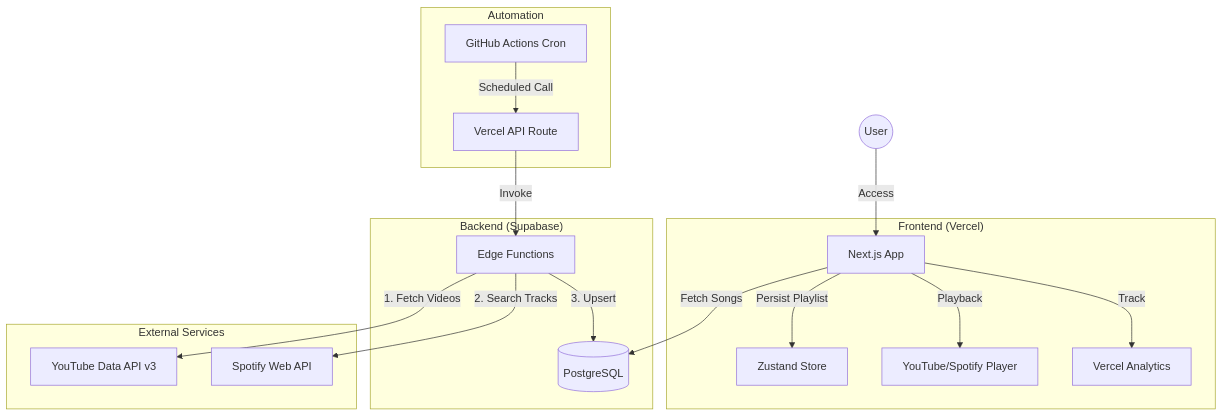
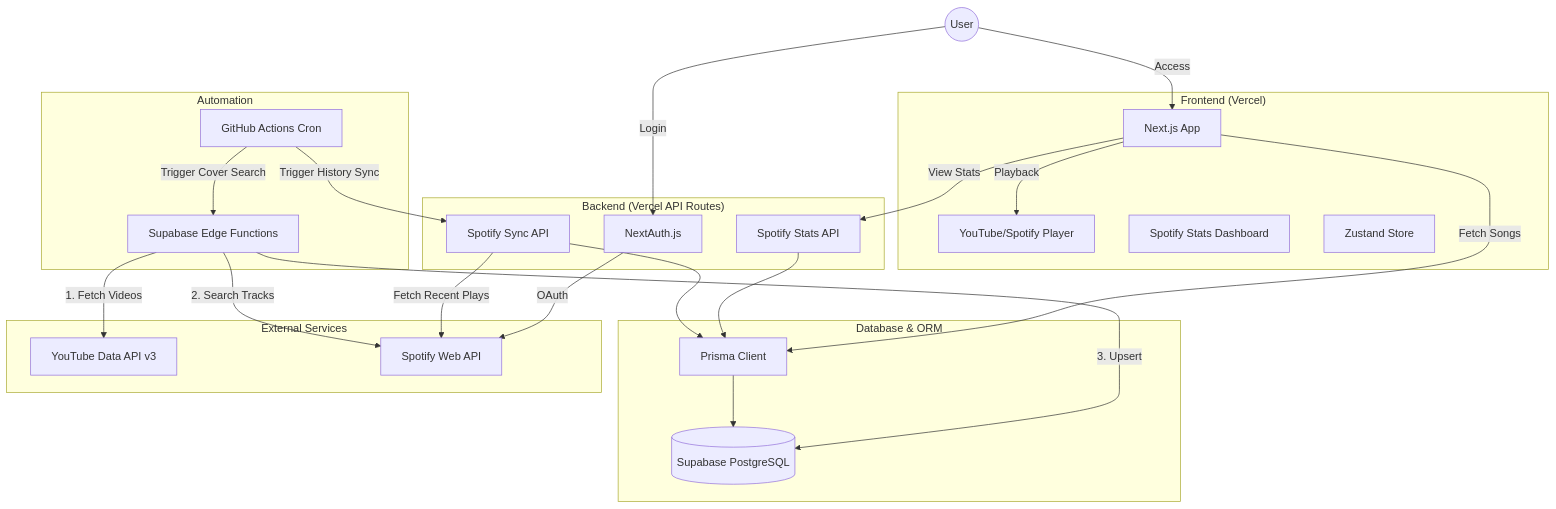
Before and after one commit to kaguya25/oshiga-utatteta: the diagram in README.md, drawn with Mermaid. The commit also changed other lines of this file and 50 other files, not shown here.

First line of the commit message:
feat: add Spotify Stats integration with NextAuth and Prisma

````diff
--- a/README.md
+++ b/README.md
@@ -39,38 +42,53 @@
 ```mermaid
 graph TD
     User((User))
 
     subgraph "Frontend (Vercel)"
         UI[Next.js App]
         Player[YouTube/Spotify Player]
+        Dashboard[Spotify Stats Dashboard]
         Store[Zustand Store]
-        Analytics[Vercel Analytics]
     end
 
-    subgraph "Automation"
-        GHA[GitHub Actions Cron]
-        API[Vercel API Route]
+    subgraph "Backend (Vercel API Routes)"
+        Auth[NextAuth.js]
+        SyncAPI[Spotify Sync API]
+        StatsAPI[Spotify Stats API]
     end
 
-    subgraph "Backend (Supabase)"
-        DB[(PostgreSQL)]
-        EF[Edge Functions]
+    subgraph "Database & ORM"
+        Prisma[Prisma Client]
+        DB[(Supabase PostgreSQL)]
     end
 
     subgraph "External Services"
         YouTube[YouTube Data API v3]
         Spotify[Spotify Web API]
     end
 
+    subgraph "Automation"
+        GHA[GitHub Actions Cron]
+        EF[Supabase Edge Functions]
+    end
+
     User -->|Access| UI
-    UI -->|Fetch Songs| DB
-    UI -->|Persist Playlist| Store
+    User -->|Login| Auth
+    UI -->|Fetch Songs| Prisma
+    UI -->|View Stats| StatsAPI
     UI -->|Playback| Player
-    UI -->|Track| Analytics
-
-    GHA -->|Scheduled Call| API
-    API -->|Invoke| EF
+    
+    Auth -->|OAuth| Spotify
+    
+    StatsAPI --> Prisma
+    SyncAPI -->|Fetch Recent Plays| Spotify
+    SyncAPI --> Prisma
+    
+    GHA -->|Trigger Cover Search| EF
+    GHA -->|Trigger History Sync| SyncAPI
+    
     EF -->|1. Fetch Videos| YouTube
     EF -->|2. Search Tracks| Spotify
     EF -->|3. Upsert| DB
+    
+    Prisma --> DB
 ```
````
